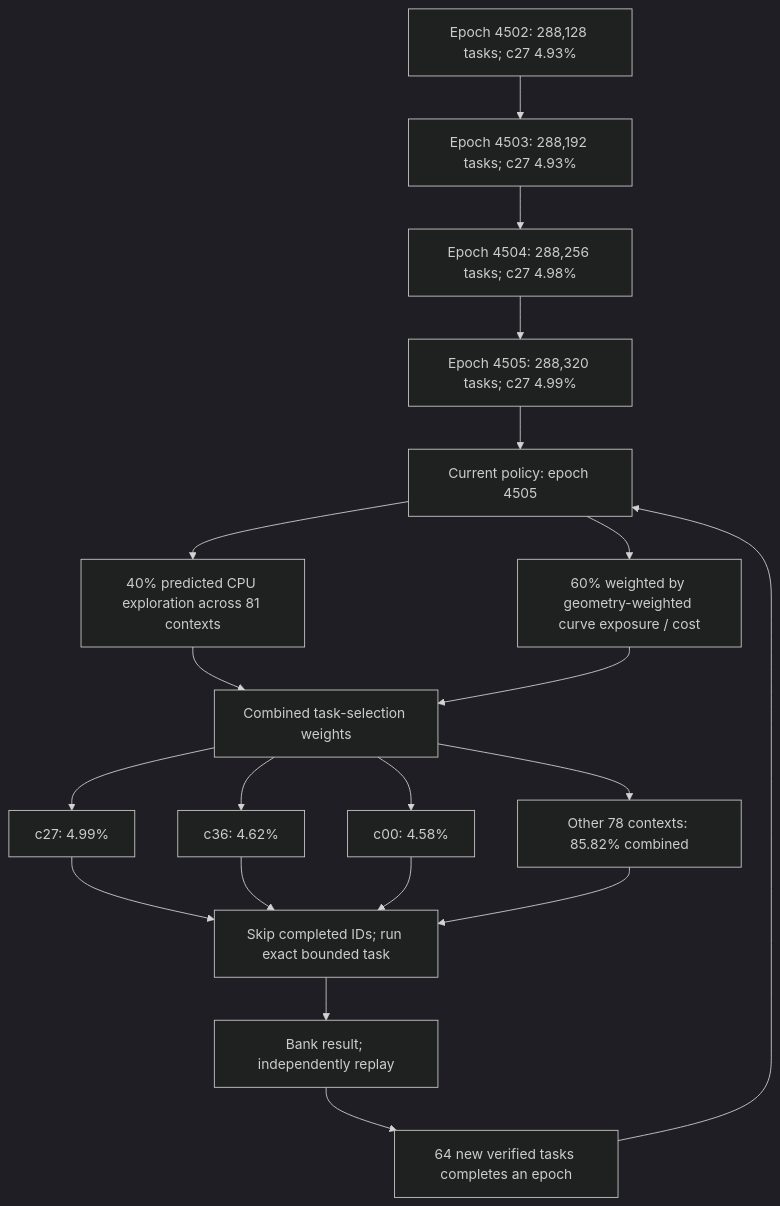
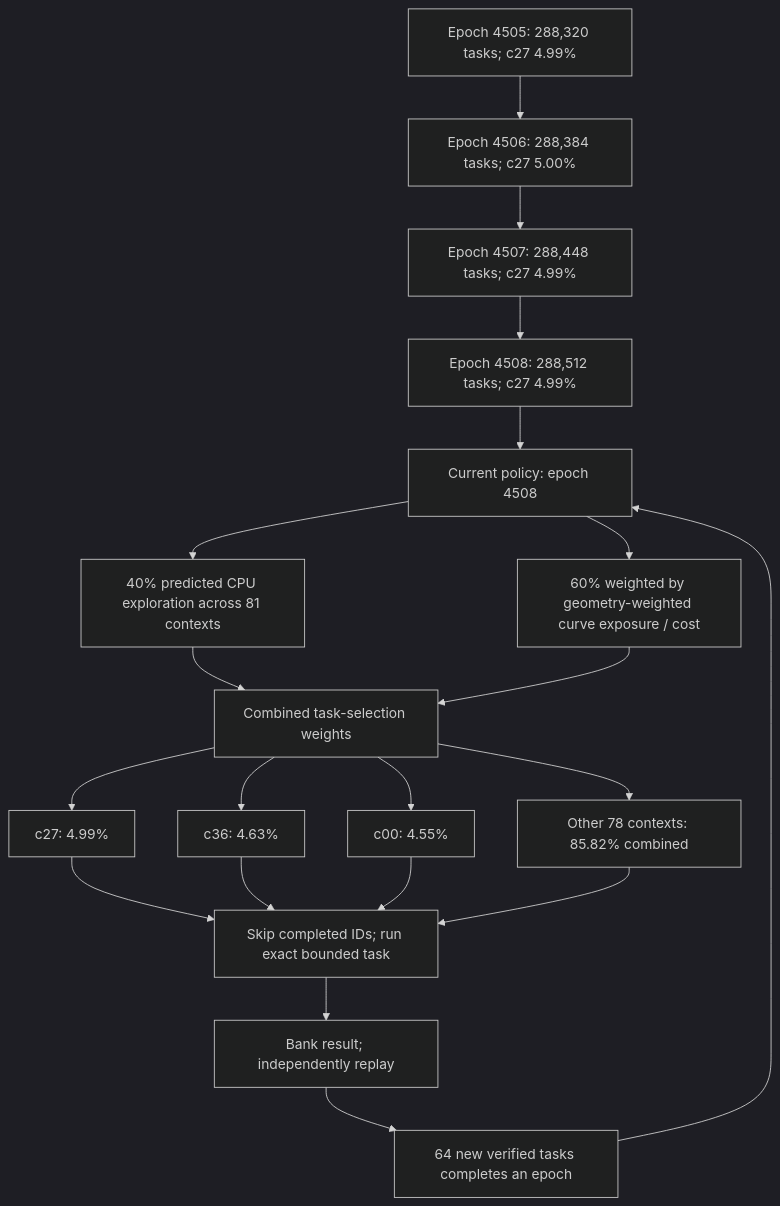
The first of 3 diagrams in README.md (Kuberwastaken/math-gambling), drawn with Mermaid (dark theme) before and after one commit. The commit also changed other lines of this file and 1780 other files, not shown here.

````diff
--- a/README.md
+++ b/README.md
@@ -60,27 +60,27 @@
 ```mermaid
 flowchart TD
-    H0["Epoch 4502: 288,128 tasks; c27 4.93%"]
-    H1["Epoch 4503: 288,192 tasks; c27 4.93%"]
+    H0["Epoch 4505: 288,320 tasks; c27 4.99%"]
+    H1["Epoch 4506: 288,384 tasks; c27 5.00%"]
     H0 --> H1
-    H2["Epoch 4504: 288,256 tasks; c27 4.98%"]
+    H2["Epoch 4507: 288,448 tasks; c27 4.99%"]
     H1 --> H2
-    H3["Epoch 4505: 288,320 tasks; c27 4.99%"]
+    H3["Epoch 4508: 288,512 tasks; c27 4.99%"]
     H2 --> H3
-    Policy["Current policy: epoch 4505"]
+    Policy["Current policy: epoch 4508"]
     H3 --> Policy
     Policy --> Explore["40% predicted CPU exploration across 81 contexts"]
     Policy --> Cost["60% weighted by geometry-weighted curve exposure / cost"]
     Explore --> Mix["Combined task-selection weights"]
     Cost --> Mix
     Mix --> C0["c27: 4.99%"]
-    Mix --> C1["c36: 4.62%"]
-    Mix --> C2["c00: 4.58%"]
+    Mix --> C1["c36: 4.63%"]
+    Mix --> C2["c00: 4.55%"]
     Mix --> Rest["Other 78 contexts: 85.82% combined"]
     C0 --> Check["Skip completed IDs; run exact bounded task"]
     C1 --> Check
     C2 --> Check
     Rest --> Check
     Check --> Replay["Bank result; independently replay"]
     Replay --> Gate["64 new verified tasks completes an epoch"]
     Gate --> Policy
 ```
````
